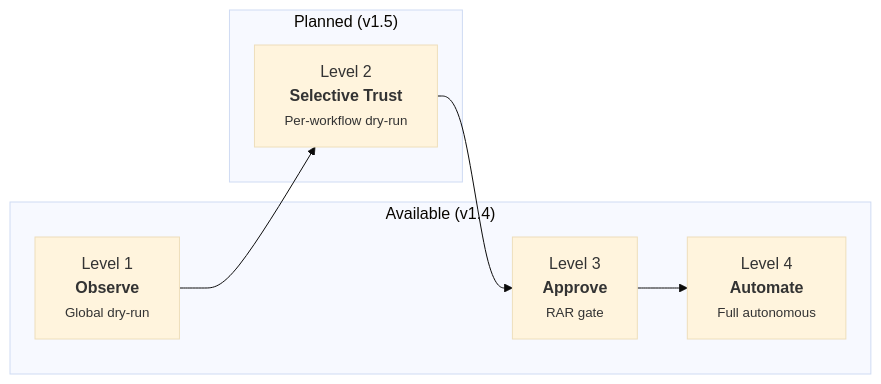
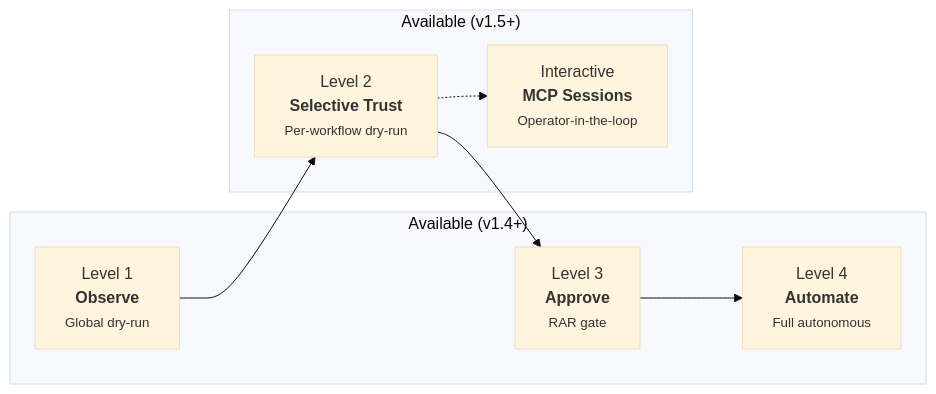
One commit to jordigilh/kubernaut-docs changed the diagram in docs/user-guide/trust-ladder.md. Above: the diagram before and after it, drawn with Mermaid (base theme). The commit also changed other lines of this file, not shown here.

Commit message:
docs: update trust ladder and pipeline modes for v1.5
Update trust-ladder.md to show Selective Trust (Level 2) as available in
v1.5, add Interactive MCP Sessions as a new trust mode, and update the
mermaid diagram.

Add autonomous vs interactive pipeline modes comparison table to the
architecture overview.

Closes #157, closes #158, closes #159

````diff
--- a/docs/user-guide/trust-ladder.md
+++ b/docs/user-guide/trust-ladder.md
@@ -7,12 +7,14 @@
 ```mermaid
 graph LR
-    subgraph v14["Available (v1.4)"]
+    subgraph v14["Available (v1.4+)"]
         L1["Level 1<br/><b>Observe</b><br/><small>Global dry-run</small>"]
         L3["Level 3<br/><b>Approve</b><br/><small>RAR gate</small>"]
         L4["Level 4<br/><b>Automate</b><br/><small>Full autonomous</small>"]
     end
-    subgraph v15["Planned (v1.5)"]
+    subgraph v15["Available (v1.5+)"]
         L2["Level 2<br/><b>Selective Trust</b><br/><small>Per-workflow dry-run</small>"]
+        L5["Interactive<br/><b>MCP Sessions</b><br/><small>Operator-in-the-loop</small>"]
     end
     L1 --> L2 --> L3 --> L4
+    L2 -.-> L5
 ```
````
